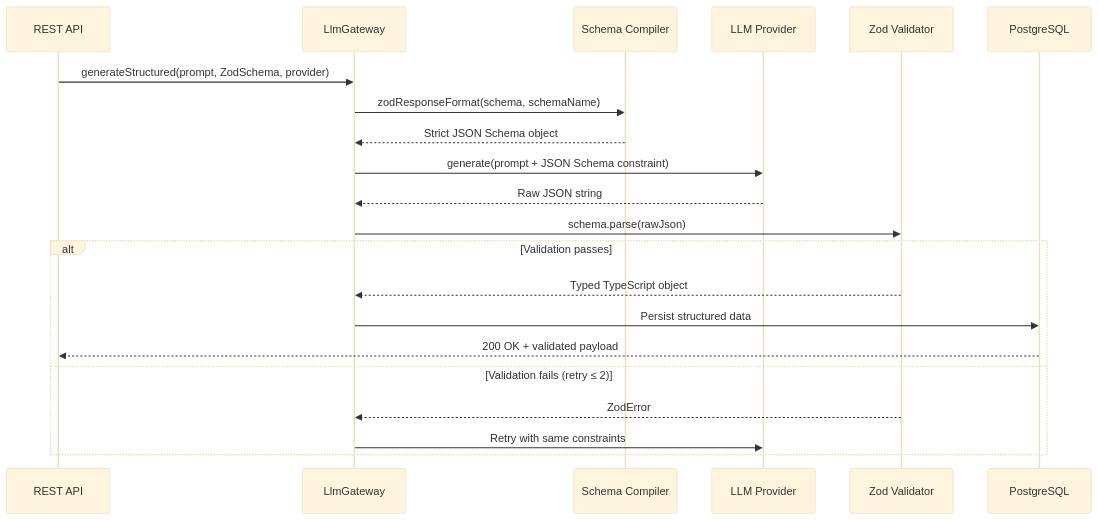
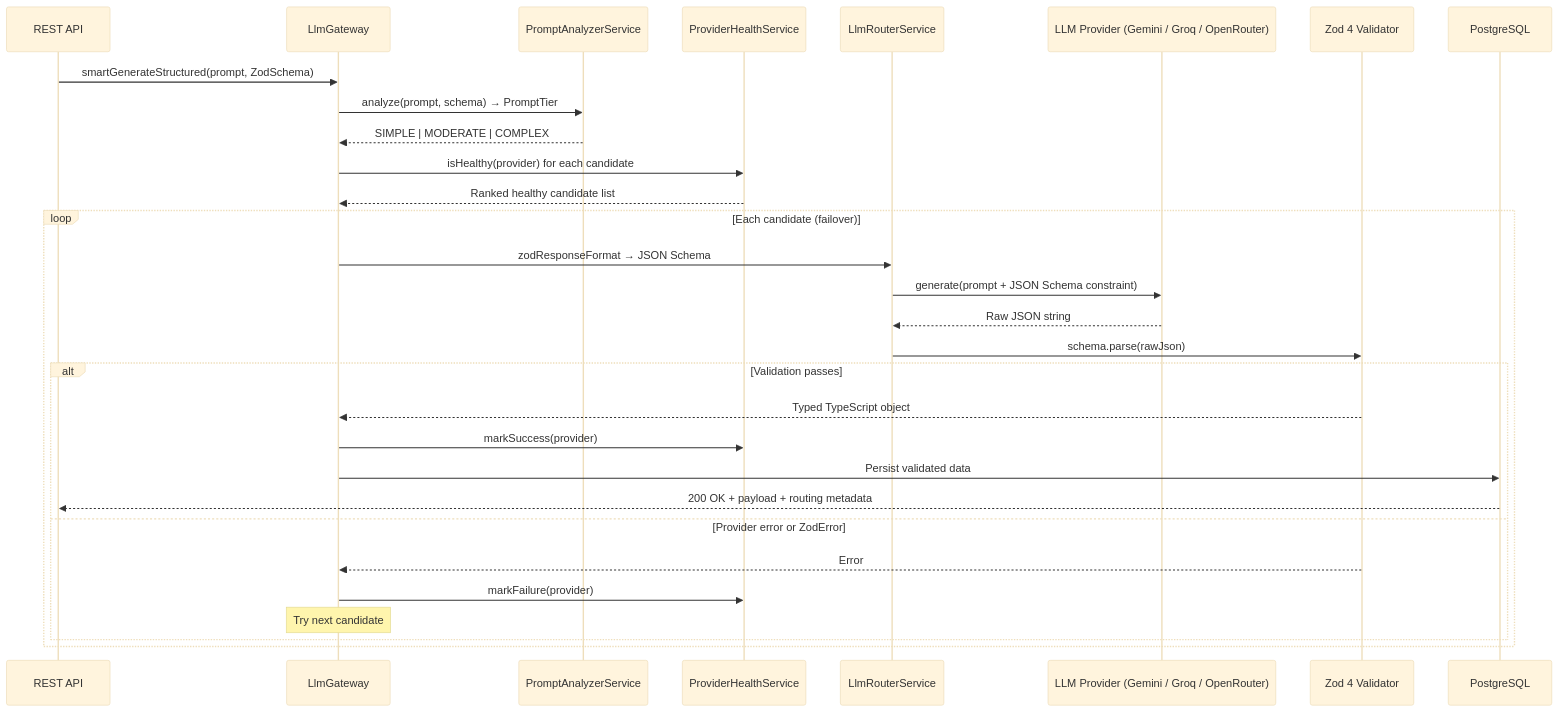
One commit to shakib5560/Idea2System-API-V2.0 changed the second of 4 diagrams in README.md. Above: the diagram before and after it, drawn with Mermaid (base theme). The commit also changed other lines of this file, not shown here.

First line of the commit message:
docs: update README to reflect intelligent prompt-tier routing system

````diff
--- a/README.md
+++ b/README.md
@@ -89,24 +96,33 @@
 ```mermaid
 sequenceDiagram
     participant API as REST API
     participant GW as LlmGateway
-    participant SC as Schema Compiler
-    participant LLM as LLM Provider
-    participant ZOD as Zod Validator
+    participant PA as PromptAnalyzerService
+    participant HS as ProviderHealthService
+    participant Router as LlmRouterService
+    participant LLM as LLM Provider (Gemini / Groq / OpenRouter)
+    participant ZOD as Zod 4 Validator
     participant DB as PostgreSQL
 
-    API->>GW: generateStructured(prompt, ZodSchema, provider)
-    GW->>SC: zodResponseFormat(schema, schemaName)
-    SC-->>GW: Strict JSON Schema object
-    GW->>LLM: generate(prompt + JSON Schema constraint)
-    LLM-->>GW: Raw JSON string
-    GW->>ZOD: schema.parse(rawJson)
-    alt Validation passes
-        ZOD-->>GW: Typed TypeScript object
-        GW->>DB: Persist structured data
-        DB-->>API: 200 OK + validated payload
-    else Validation fails (retry ≤ 2)
-        ZOD-->>GW: ZodError
-        GW->>LLM: Retry with same constraints
+    API->>GW: smartGenerateStructured(prompt, ZodSchema)
+    GW->>PA: analyze(prompt, schema) → PromptTier
+    PA-->>GW: SIMPLE | MODERATE | COMPLEX
+    GW->>HS: isHealthy(provider) for each candidate
+    HS-->>GW: Ranked healthy candidate list
+    loop Each candidate (failover)
+        GW->>Router: zodResponseFormat → JSON Schema
+        Router->>LLM: generate(prompt + JSON Schema constraint)
+        LLM-->>Router: Raw JSON string
+        Router->>ZOD: schema.parse(rawJson)
+        alt Validation passes
+            ZOD-->>GW: Typed TypeScript object
+            GW->>HS: markSuccess(provider)
+            GW->>DB: Persist validated data
+            DB-->>API: 200 OK + payload + routing metadata
+        else Provider error or ZodError
+            ZOD-->>GW: Error
+            GW->>HS: markFailure(provider)
+            Note over GW: Try next candidate
+        end
     end
 ```
````
